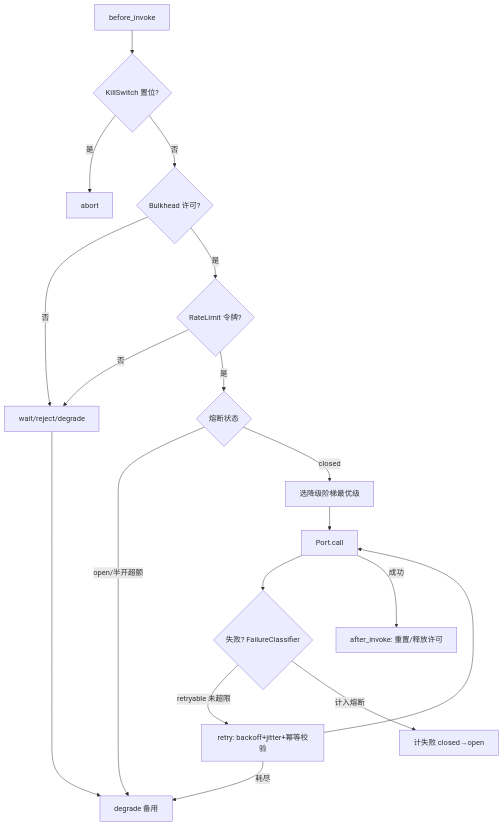
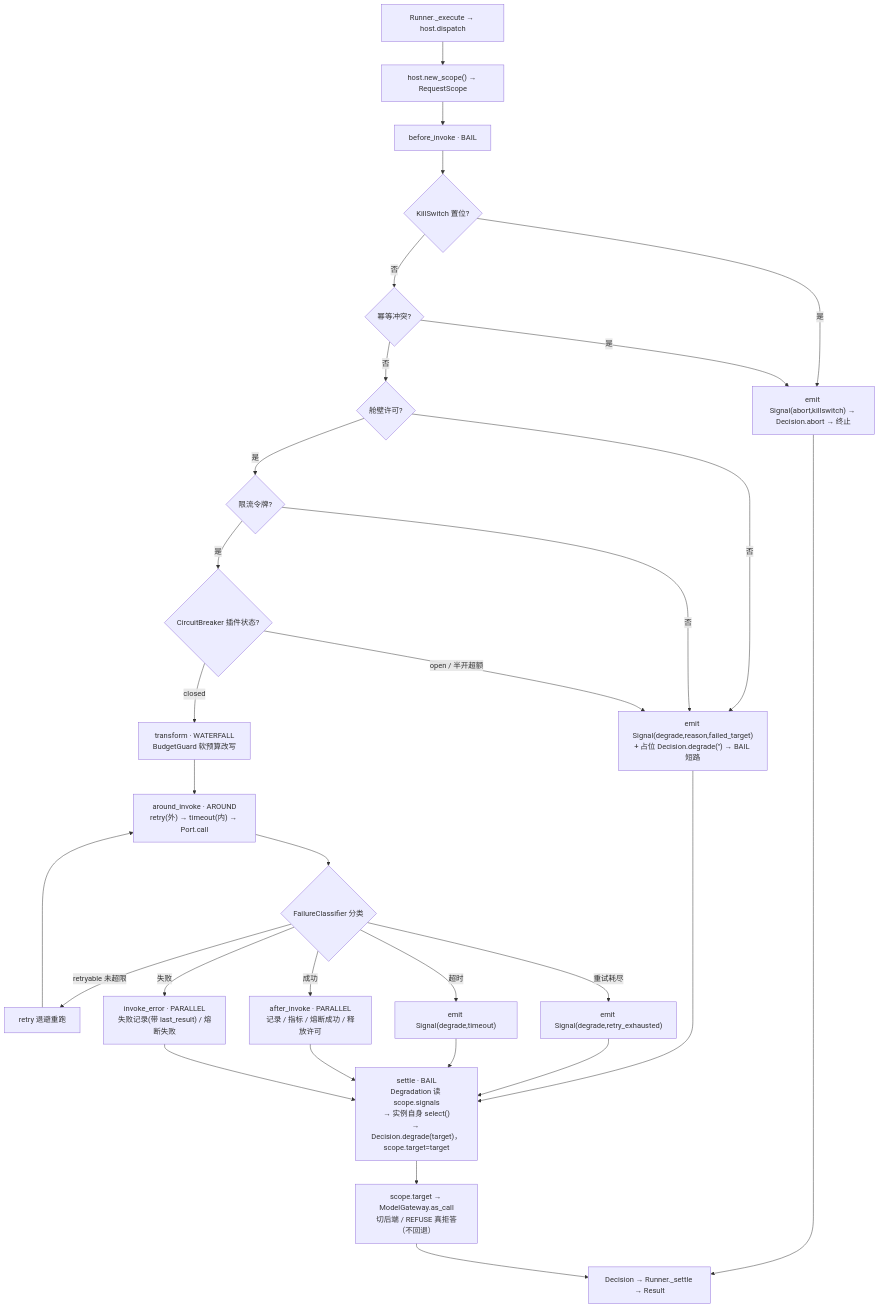
The diagram in docs/02-模块详设/Agent/R3-可靠性.md (sao-lang/lll), drawn with Mermaid before and after one commit. The commit also changed other lines of this file and 67 other files, not shown here.

````diff
--- a/docs/02-模块详设/Agent/R3-可靠性.md
+++ b/docs/02-模块详设/Agent/R3-可靠性.md
@@ -22,20 +86,32 @@
 ```mermaid
 flowchart TD
-    IN["before_invoke"] --> KS{"KillSwitch 置位?"}
-    KS -->|是| AB["abort"]
-    KS -->|否| BH{"Bulkhead 许可?"}
-    BH -->|否| W["wait/reject/degrade"]
-    BH -->|是| RL{"RateLimit 令牌?"}
-    RL -->|否| W
-    RL -->|是| CB{"熔断状态"}
-    CB -->|open/半开超额| DG["degrade 备用"]
-    CB -->|closed| DGS["选降级阶梯最优级"]
-    DGS --> CALL["Port.call"]
-    CALL --> FC{"失败? FailureClassifier"}
-    FC -->|retryable 未超限| RT["retry: backoff+jitter+幂等校验"]
-    RT --> CALL
-    FC -->|计入熔断| BC["计失败 closed→open"]
-    CALL -->|成功| OK["after_invoke: 重置/释放许可"]
-    W --> DG
-    RT -->|耗尽| DG
+    START["Runner._execute → host.dispatch"] --> SCOPE["host.new_scope() → RequestScope"]
+    SCOPE --> BI["before_invoke · BAIL"]
+    BI --> KS{"KillSwitch 置位?"}
+    KS -->|是| ABORT["emit Signal(abort,killswitch) → Decision.abort → 终止"]
+    KS -->|否| IDEM{"幂等冲突?"}
+    IDEM -->|是| ABORT
+    IDEM -->|否| BH{"舱壁许可?"}
+    BH -->|否| SIGD["emit Signal(degrade,reason,failed_target)<br/>+ 占位 Decision.degrade('') → BAIL 短路"]
+    BH -->|是| RL{"限流令牌?"}
+    RL -->|否| SIGD
+    RL -->|是| CB{"CircuitBreaker 插件状态?"}
+    CB -->|open / 半开超额| SIGD
+    CB -->|closed| TR["transform · WATERFALL<br/>BudgetGuard 软预算改写"]
+    TR --> AR["around_invoke · AROUND<br/>retry(外) → timeout(内) → Port.call"]
+    AR --> FC{"FailureClassifier 分类"}
+    FC -->|retryable 未超限| RT["retry 退避重跑"]
+    RT --> AR
+    FC -->|重试耗尽| SDE["emit Signal(degrade,retry_exhausted)"]
+    FC -->|超时| SDT["emit Signal(degrade,timeout)"]
+    FC -->|成功| OBS["after_invoke · PARALLEL<br/>记录 / 指标 / 熔断成功 / 释放许可"]
+    FC -->|失败| OBE["invoke_error · PARALLEL<br/>失败记录(带 last_result) / 熔断失败"]
+    SIGD --> SETTLE
+    SDE --> SETTLE
+    SDT --> SETTLE
+    OBS --> SETTLE
+    OBE --> SETTLE
+    ABORT --> RESULT
+    SETTLE["settle · BAIL<br/>Degradation 读 scope.signals<br/>→ 实例自身 select()<br/>→ Decision.degrade(target)，scope.target=target"] --> GW["scope.target → ModelGateway.as_call<br/>切后端 / REFUSE 真拒答（不回退）"]
+    GW --> RESULT["Decision → Runner._settle → Result"]
 ```
````
